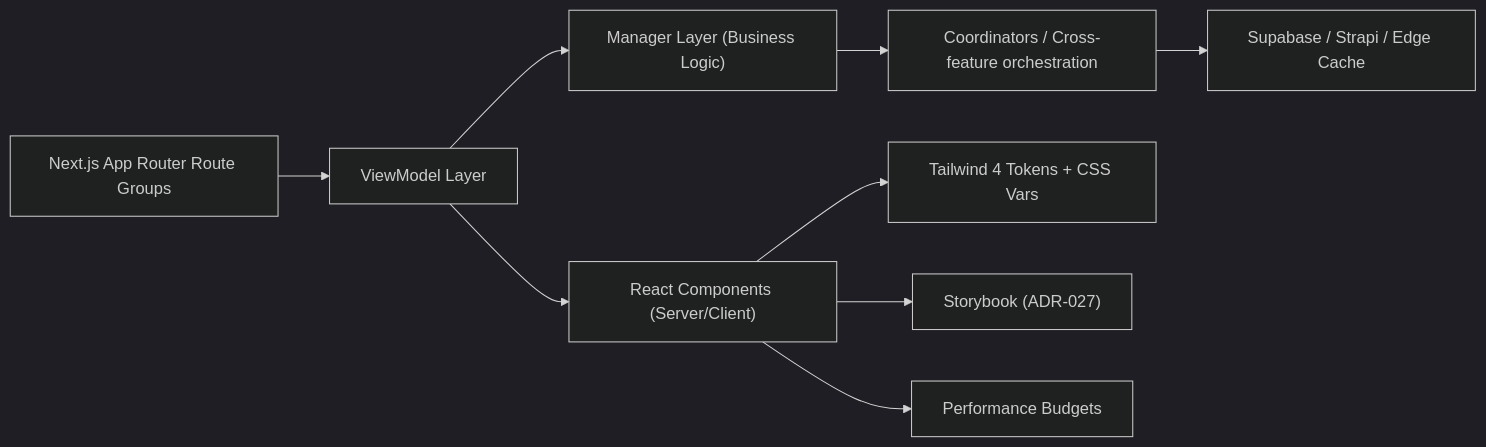
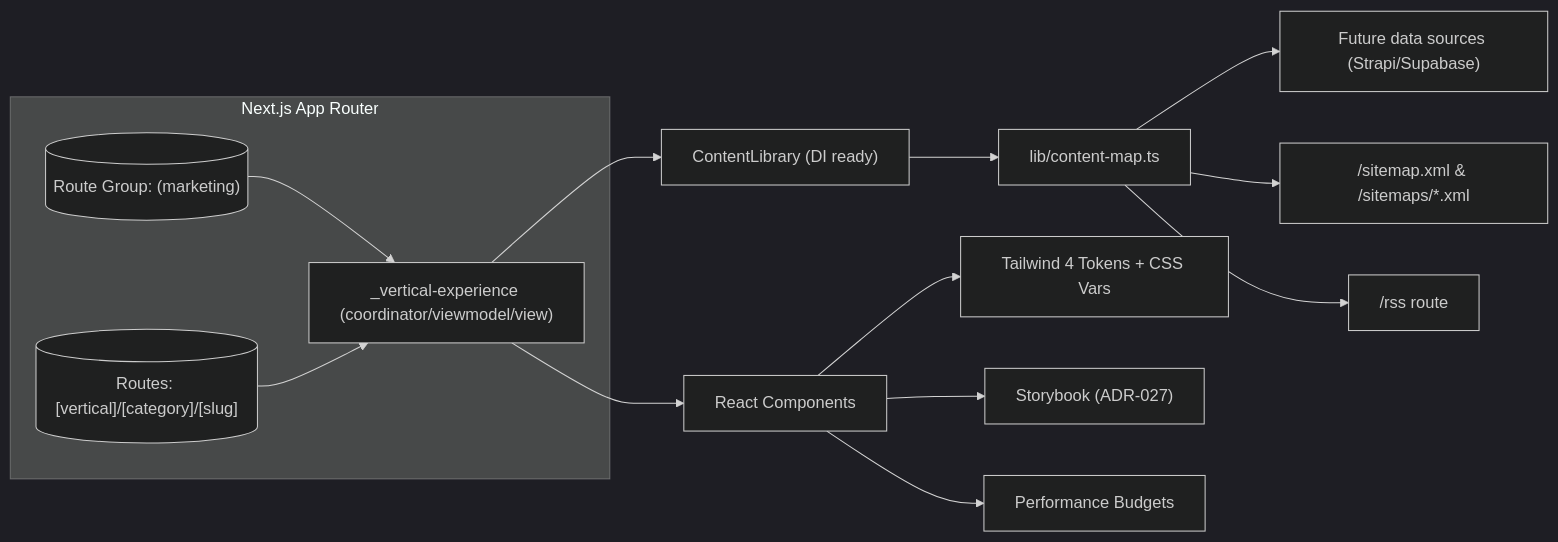
One commit to marcelkenner/clarivum changed the diagram in docs/diagrams/adr-019-frontend-platform/architecture-overview.mmd. Above: the diagram before and after it, drawn with Mermaid (dark theme). The commit also changed 8 other files, not shown here.

````diff
--- a/docs/diagrams/adr-019-frontend-platform/architecture-overview.mmd
+++ b/docs/diagrams/adr-019-frontend-platform/architecture-overview.mmd
@@ -1,11 +1,19 @@
 ```mermaid
 flowchart LR
-    RouteGroups["Next.js App Router Route Groups"] --> ViewModels["ViewModel Layer"]
-    ViewModels --> Managers["Manager Layer (Business Logic)"]
-    Managers --> Coordinators["Coordinators / Cross-feature orchestration"]
-    Coordinators --> DataSources["Supabase / Strapi / Edge Cache"]
-    ViewModels --> UIComponents["React Components (Server/Client)"]
+    subgraph AppRouter[Next.js App Router]
+        Marketing[("Route Group: (marketing)")]
+        Verticals[("Routes: [vertical]/[category]/[slug]")]
+        Shared["_vertical-experience (coordinator/viewmodel/view)"]
+    end
+    Marketing --> Shared
+    Verticals --> Shared
+    Shared --> ContentLibrary["ContentLibrary (DI ready)"]
+    ContentLibrary --> ContentMap["lib/content-map.ts"]
+    ContentMap --> DataSources["Future data sources (Strapi/Supabase)"]
+    Shared --> UIComponents["React Components"]
     UIComponents --> TailwindTokens["Tailwind 4 Tokens + CSS Vars"]
     UIComponents --> Storybook["Storybook (ADR-027)"]
     UIComponents --> LighthouseCI["Performance Budgets"]
+    ContentMap --> Sitemaps["/sitemap.xml & /sitemaps/*.xml"]
+    ContentMap --> RSS["/rss route"]
 ```
````
